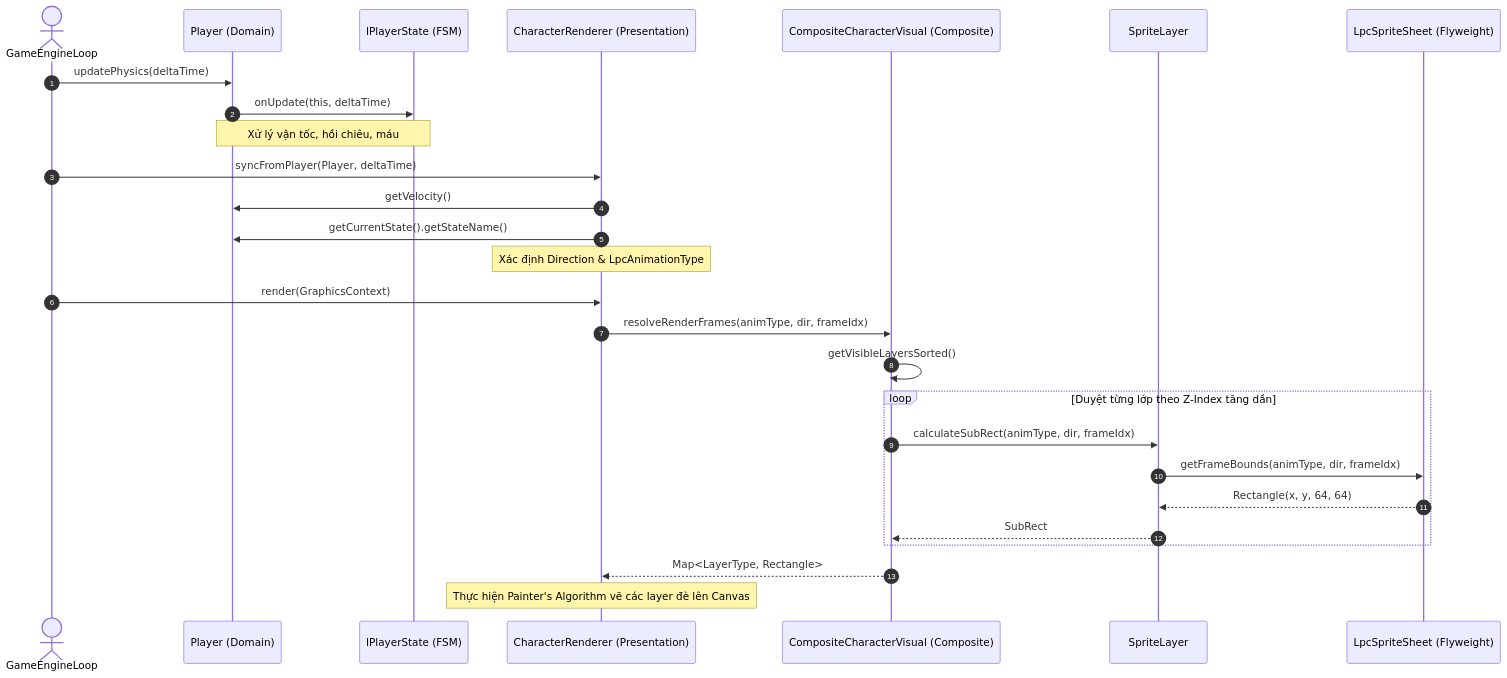
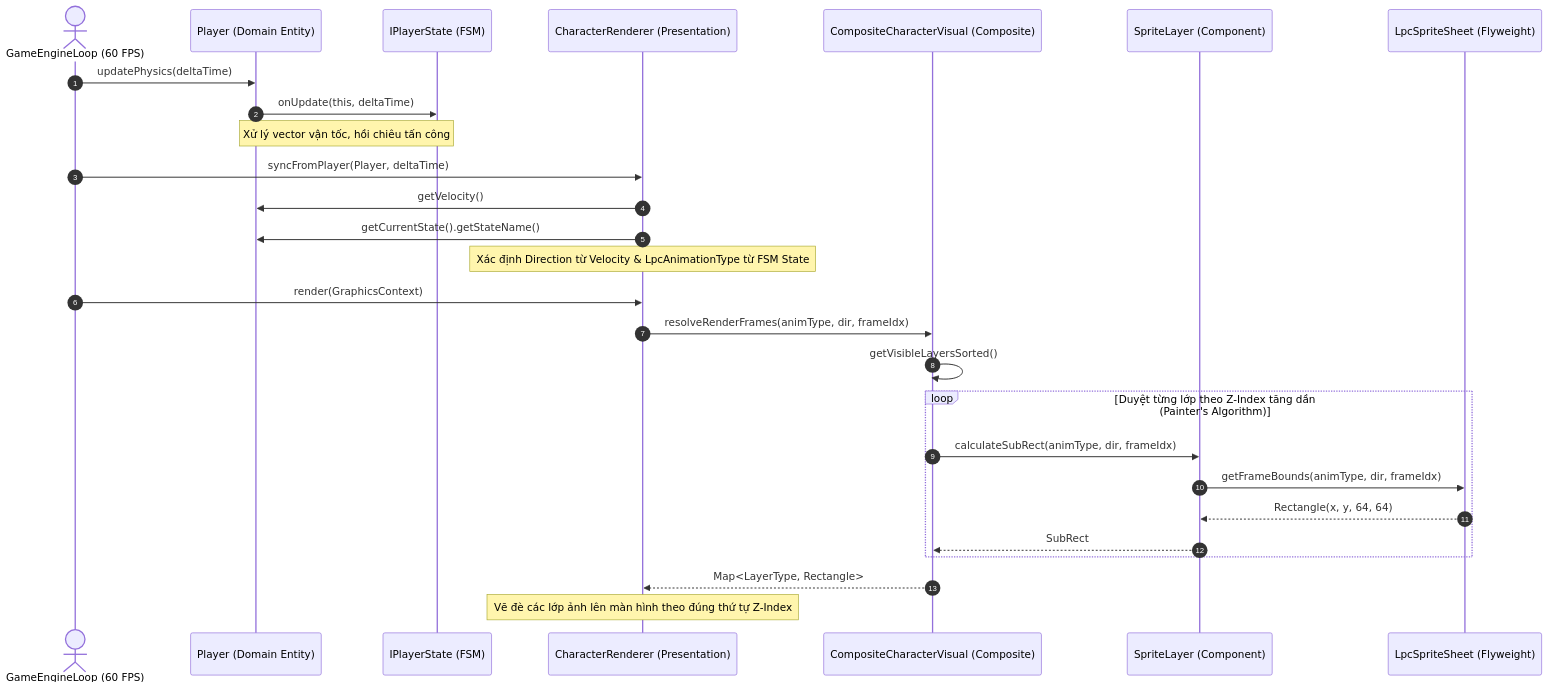
The sixth of 6 diagrams in Docs_BaoCao/BaoCao_ThietKe_NhanVat_OOP_LPC.md (Tran1209/UML-Patterns-Mastery), drawn with Mermaid before and after one commit. The commit also changed other lines of this file, not shown here.

Commit message:
docs(report): polish OOP LPC character design report, add SOLID/GRASP audit matrix, and remove Q&A section

````diff
--- a/Docs_BaoCao/BaoCao_ThietKe_NhanVat_OOP_LPC.md
+++ b/Docs_BaoCao/BaoCao_ThietKe_NhanVat_OOP_LPC.md
@@ -434,32 +542,32 @@
 ```mermaid
 sequenceDiagram
     autonumber
-    actor Engine as GameEngineLoop
-    participant P as Player (Domain)
+    actor Engine as GameEngineLoop (60 FPS)
+    participant P as Player (Domain Entity)
     participant S as IPlayerState (FSM)
     participant CR as CharacterRenderer (Presentation)
     participant CCV as CompositeCharacterVisual (Composite)
-    participant SL as SpriteLayer
+    participant SL as SpriteLayer (Component)
     participant LSS as LpcSpriteSheet (Flyweight)
 
     Engine->>P: updatePhysics(deltaTime)
     P->>S: onUpdate(this, deltaTime)
-    Note over P,S: Xử lý vận tốc, hồi chiêu, máu
+    Note over P,S: Xử lý vector vận tốc, hồi chiêu tấn công
     
     Engine->>CR: syncFromPlayer(Player, deltaTime)
     CR->>P: getVelocity()
     CR->>P: getCurrentState().getStateName()
-    Note over CR: Xác định Direction & LpcAnimationType
+    Note over CR: Xác định Direction từ Velocity & LpcAnimationType từ FSM State
     
     Engine->>CR: render(GraphicsContext)
     CR->>CCV: resolveRenderFrames(animType, dir, frameIdx)
     CCV->>CCV: getVisibleLayersSorted()
-    loop Duyệt từng lớp theo Z-Index tăng dần
+    loop Duyệt từng lớp theo Z-Index tăng dần (Painter's Algorithm)
         CCV->>SL: calculateSubRect(animType, dir, frameIdx)
         SL->>LSS: getFrameBounds(animType, dir, frameIdx)
         LSS-->>SL: Rectangle(x, y, 64, 64)
         SL-->>CCV: SubRect
     end
     CCV-->>CR: Map<LayerType, Rectangle>
-    Note over CR: Thực hiện Painter's Algorithm vẽ các layer đè lên Canvas
+    Note over CR: Vẽ đè các lớp ảnh lên màn hình theo đúng thứ tự Z-Index
 ```
````
